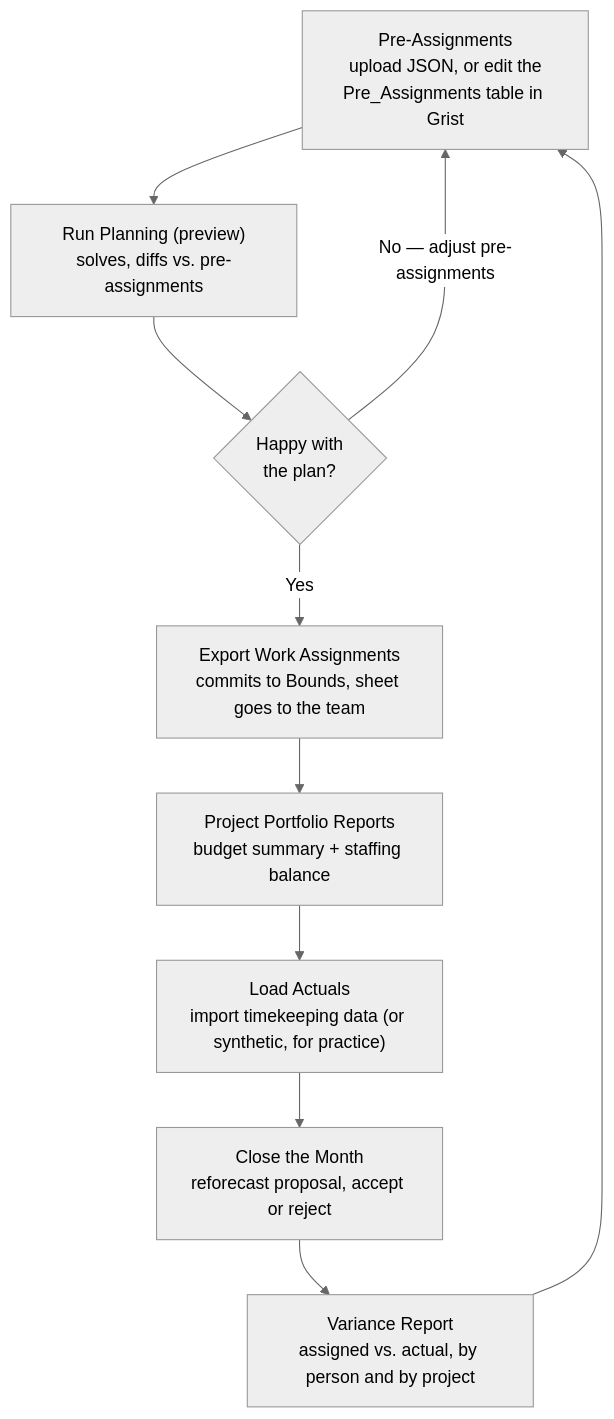
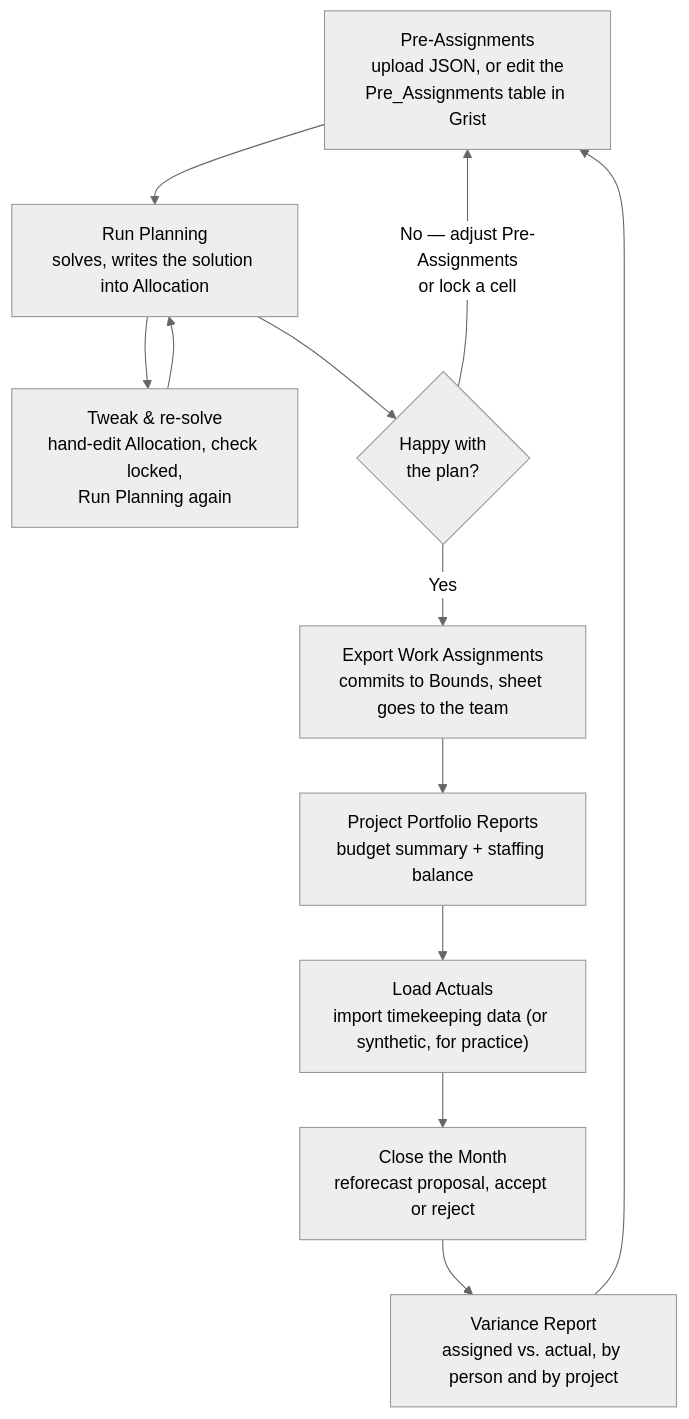
One commit to hatandspecs/general_assignment_solver changed the diagram in docs/09-planner-tutorial.md. Above: the diagram before and after it, drawn with Mermaid (neutral theme). The commit also changed other lines of this file and 13 other files, not shown here.

````diff
--- a/docs/09-planner-tutorial.md
+++ b/docs/09-planner-tutorial.md
@@ -10,12 +10,14 @@
 ```mermaid
 flowchart TD
-    A["Pre-Assignments<br/>upload JSON, or edit the<br/>Pre_Assignments table in Grist"] --> B["Run Planning (preview)<br/>solves, diffs vs. pre-assignments"]
+    A["Pre-Assignments<br/>upload JSON, or edit the<br/>Pre_Assignments table in Grist"] --> B["Run Planning<br/>solves, writes the solution into Allocation"]
+    B --> T["Tweak & re-solve<br/>hand-edit Allocation, check locked,<br/>Run Planning again"]
+    T --> B
     B --> C{"Happy with<br/>the plan?"}
-    C -->|"No — adjust pre-assignments"| A
+    C -->|"No — adjust Pre-Assignments<br/>or lock a cell"| A
     C -->|"Yes"| D["Export Work Assignments<br/>commits to Bounds, sheet goes to the team"]
     D --> E["Project Portfolio Reports<br/>budget summary + staffing balance"]
     E --> F["Load Actuals<br/>import timekeeping data (or synthetic, for practice)"]
     F --> G["Close the Month<br/>reforecast proposal, accept or reject"]
     G --> H["Variance Report<br/>assigned vs. actual, by person and by project"]
     H --> A
 ```
````
